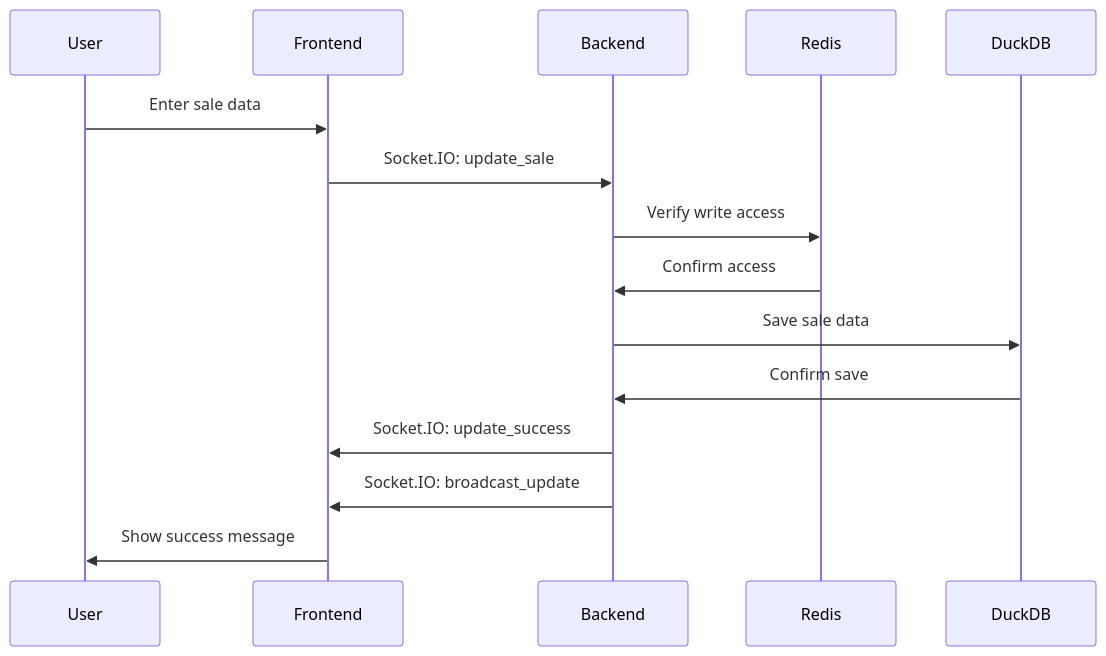
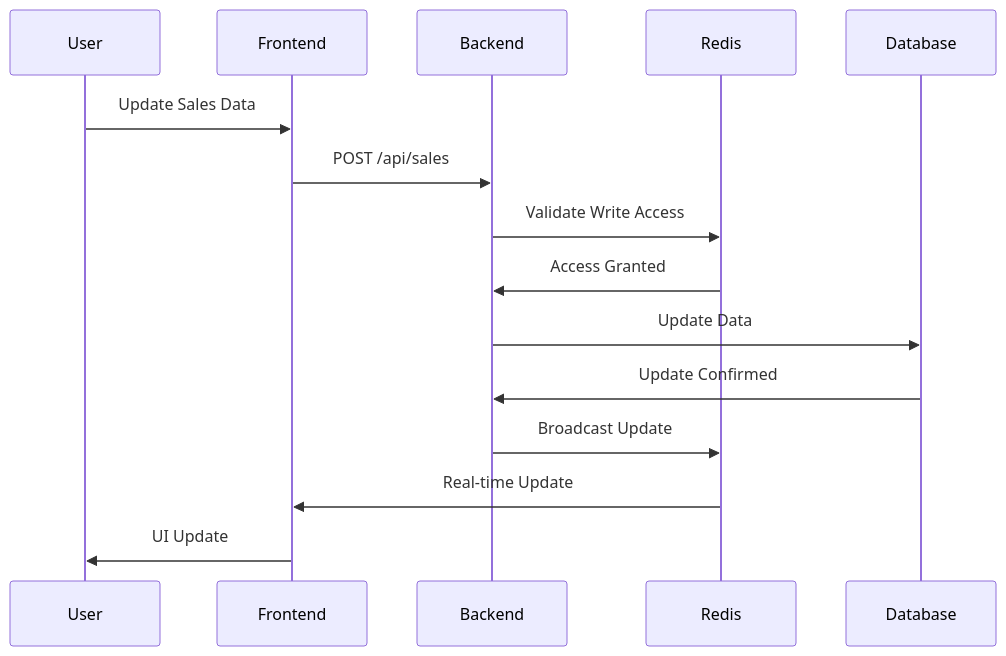
Before and after one commit to gurekamsingh/spreadsheetApplication: the second of 2 diagrams in DESIGN.md, drawn with Mermaid. The commit also changed other lines of this file and 1 other file, not shown here.

````diff
--- a/DESIGN.md
+++ b/DESIGN.md
@@ -60,18 +73,18 @@
 ```mermaid
 sequenceDiagram
     participant User
     participant Frontend
     participant Backend
     participant Redis
-    participant DuckDB
+    participant Database
 
-    User->>Frontend: Enter sale data
-    Frontend->>Backend: Socket.IO: update_sale
-    Backend->>Redis: Verify write access
-    Redis->>Backend: Confirm access
-    Backend->>DuckDB: Save sale data
-    DuckDB->>Backend: Confirm save
-    Backend->>Frontend: Socket.IO: update_success
-    Backend->>Frontend: Socket.IO: broadcast_update
-    Frontend->>User: Show success message
+    User->>Frontend: Update Sales Data
+    Frontend->>Backend: POST /api/sales
+    Backend->>Redis: Validate Write Access
+    Redis->>Backend: Access Granted
+    Backend->>Database: Update Data
+    Database->>Backend: Update Confirmed
+    Backend->>Redis: Broadcast Update
+    Redis->>Frontend: Real-time Update
+    Frontend->>User: UI Update
 ```
````
